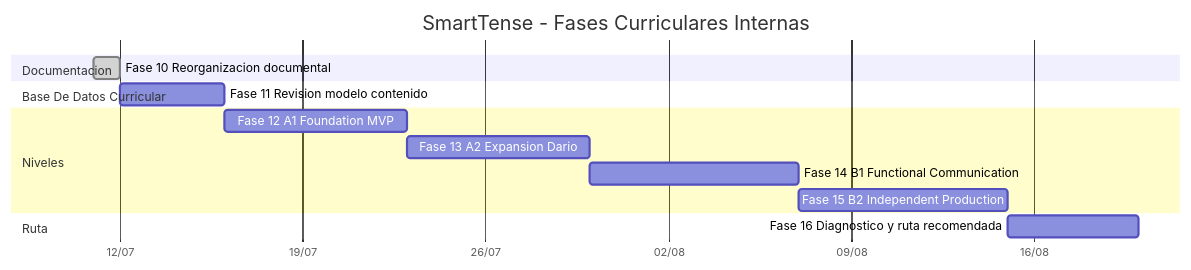
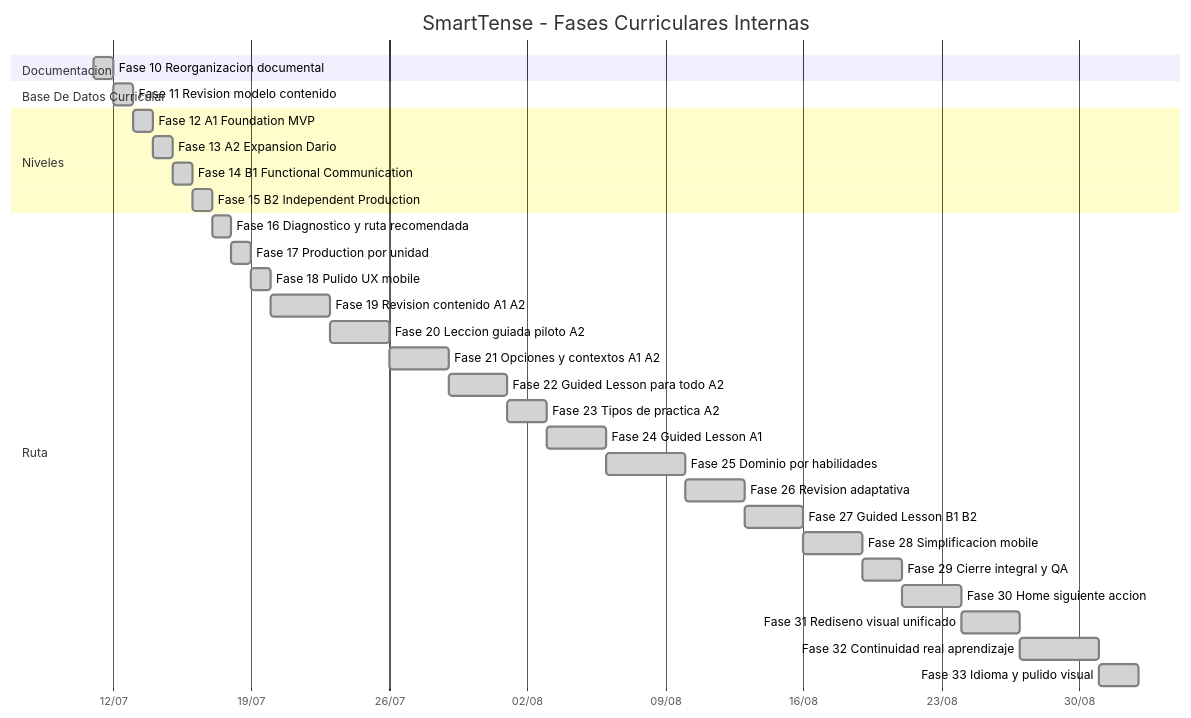
The diagram in docs/CURRICULUM_PHASE_PLAN.md (dafermen/SmartTense), drawn with Mermaid before and after one commit. The commit also changed other lines of this file and 72 other files, not shown here.

````diff
--- a/docs/CURRICULUM_PHASE_PLAN.md
+++ b/docs/CURRICULUM_PHASE_PLAN.md
@@ -157,21 +488,38 @@
 ```mermaid
 gantt
     title SmartTense - Fases Curriculares Internas
     dateFormat  YYYY-MM-DD
     axisFormat  %d/%m
 
     section Documentacion
     Fase 10 Reorganizacion documental       :done, f10, 2026-07-11, 1d
 
     section Base De Datos Curricular
-    Fase 11 Revision modelo contenido        :f11, after f10, 4d
+    Fase 11 Revision modelo contenido        :done, f11, after f10, 1d
 
     section Niveles
-    Fase 12 A1 Foundation MVP                :f12, after f11, 7d
-    Fase 13 A2 Expansion Dario               :f13, after f12, 7d
-    Fase 14 B1 Functional Communication      :f14, after f13, 8d
-    Fase 15 B2 Independent Production        :f15, after f14, 8d
+    Fase 12 A1 Foundation MVP                :done, f12, after f11, 1d
+    Fase 13 A2 Expansion Dario               :done, f13, after f12, 1d
+    Fase 14 B1 Functional Communication      :done, f14, after f13, 1d
+    Fase 15 B2 Independent Production        :done, f15, after f14, 1d
 
     section Ruta
-    Fase 16 Diagnostico y ruta recomendada   :f16, after f15, 5d
+    Fase 16 Diagnostico y ruta recomendada   :done, f16, after f15, 1d
+    Fase 17 Production por unidad            :done, f17, after f16, 1d
+    Fase 18 Pulido UX mobile                 :done, f18, after f17, 1d
+    Fase 19 Revision contenido A1 A2         :done, f19, after f18, 3d
+    Fase 20 Leccion guiada piloto A2         :done, f20, after f19, 3d
+    Fase 21 Opciones y contextos A1 A2        :done, f21, after f20, 3d
+    Fase 22 Guided Lesson para todo A2         :done, f22, after f21, 3d
+    Fase 23 Tipos de practica A2               :done, f23, after f22, 2d
+    Fase 24 Guided Lesson A1                   :done, f24, after f23, 3d
+    Fase 25 Dominio por habilidades            :done, f25, after f24, 4d
+    Fase 26 Revision adaptativa                 :done, f26, after f25, 3d
+    Fase 27 Guided Lesson B1 B2                 :done, f27, after f26, 3d
+    Fase 28 Simplificacion mobile               :done, f28, after f27, 3d
+    Fase 29 Cierre integral y QA                :done, f29, after f28, 2d
+    Fase 30 Home siguiente accion               :done, f30, after f29, 3d
+    Fase 31 Rediseno visual unificado            :done, f31, after f30, 3d
+    Fase 32 Continuidad real aprendizaje         :done, f32, after f31, 4d
+    Fase 33 Idioma y pulido visual                :done, f33, after f32, 2d
 ```
````
